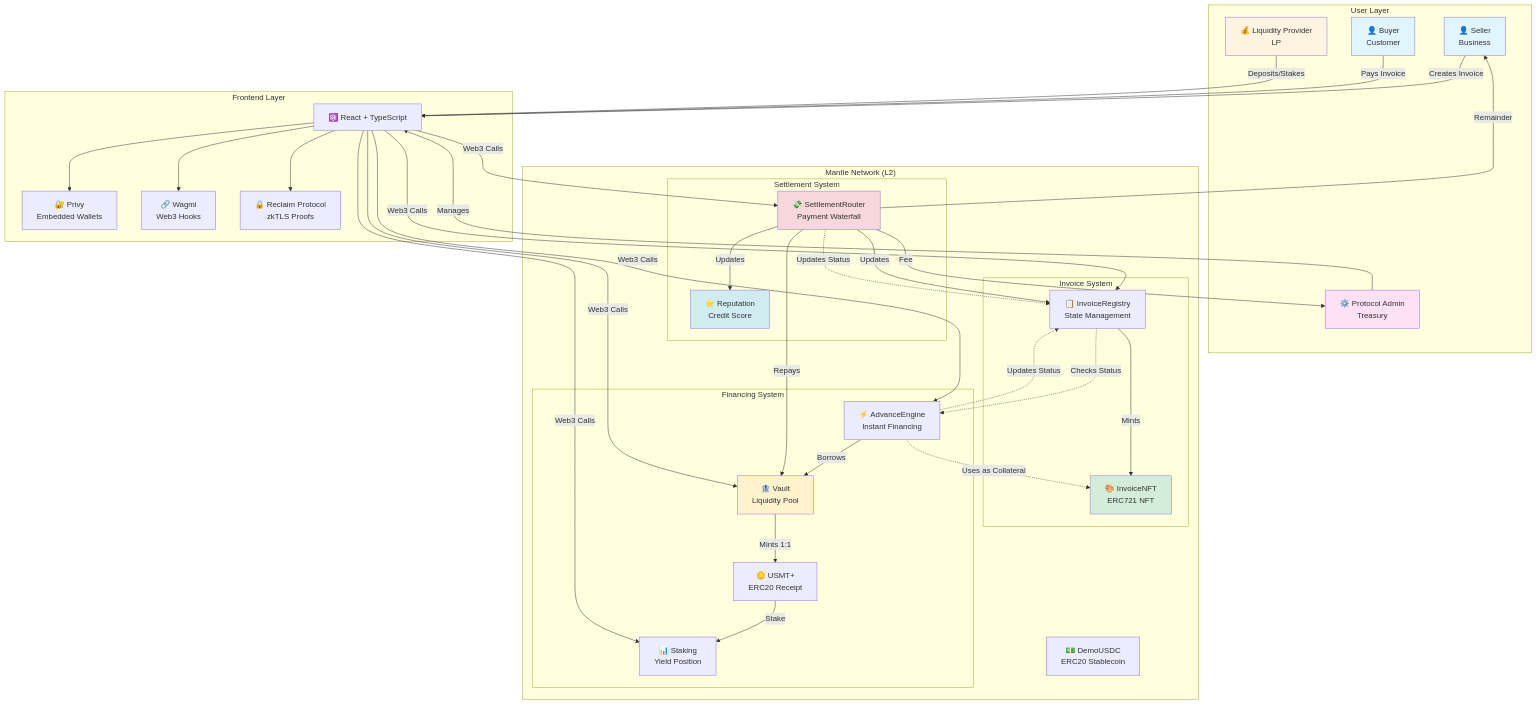
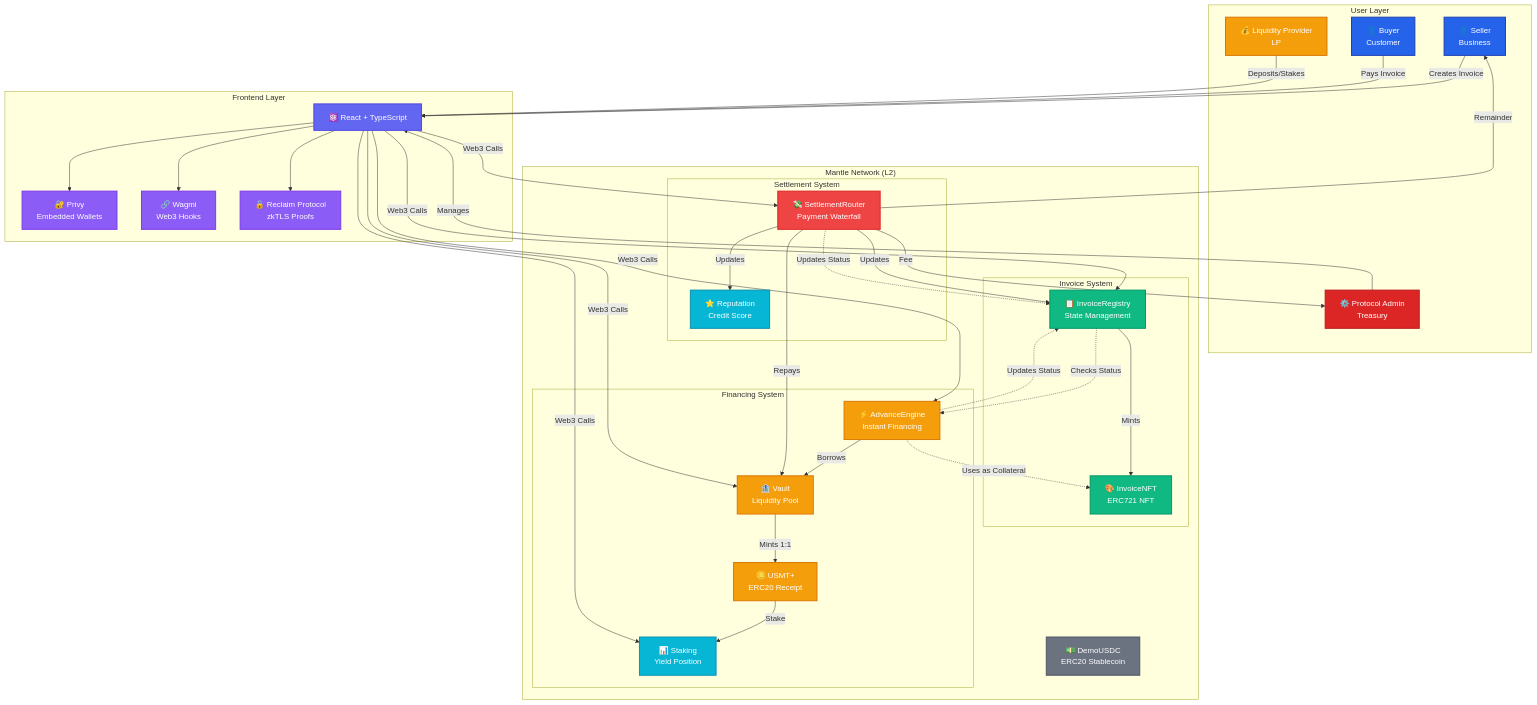
One commit to Adityaakr/SETTL. changed the first of 4 diagrams in README.md. Above: the diagram before and after it, drawn with Mermaid. The commit also changed other lines of this file, not shown here.

Commit message:
Improve Mermaid diagram colors for better text visibility

````diff
--- a/README.md
+++ b/README.md
@@ -82,12 +82,21 @@
     SettlementRouter -->|Fee| Admin
     SettlementRouter -->|Remainder| Seller
     
-    style Seller fill:#e1f5ff
-    style Buyer fill:#e1f5ff
-    style LP fill:#fff4e1
-    style Admin fill:#ffe1f5
-    style InvoiceNFT fill:#d4edda
-    style Vault fill:#fff3cd
-    style SettlementRouter fill:#f8d7da
-    style Reputation fill:#d1ecf1
+    style Seller fill:#2563eb,stroke:#1e40af,stroke-width:2px,color:#fff
+    style Buyer fill:#2563eb,stroke:#1e40af,stroke-width:2px,color:#fff
+    style LP fill:#f59e0b,stroke:#d97706,stroke-width:2px,color:#fff
+    style Admin fill:#dc2626,stroke:#b91c1c,stroke-width:2px,color:#fff
+    style React fill:#6366f1,stroke:#4f46e5,stroke-width:2px,color:#fff
+    style Privy fill:#8b5cf6,stroke:#7c3aed,stroke-width:2px,color:#fff
+    style Wagmi fill:#8b5cf6,stroke:#7c3aed,stroke-width:2px,color:#fff
+    style Reclaim fill:#8b5cf6,stroke:#7c3aed,stroke-width:2px,color:#fff
+    style InvoiceRegistry fill:#10b981,stroke:#059669,stroke-width:2px,color:#fff
+    style InvoiceNFT fill:#10b981,stroke:#059669,stroke-width:2px,color:#fff
+    style Vault fill:#f59e0b,stroke:#d97706,stroke-width:2px,color:#fff
+    style USMTPlus fill:#f59e0b,stroke:#d97706,stroke-width:2px,color:#fff
+    style Staking fill:#06b6d4,stroke:#0891b2,stroke-width:2px,color:#fff
+    style AdvanceEngine fill:#f59e0b,stroke:#d97706,stroke-width:2px,color:#fff
+    style SettlementRouter fill:#ef4444,stroke:#dc2626,stroke-width:2px,color:#fff
+    style Reputation fill:#06b6d4,stroke:#0891b2,stroke-width:2px,color:#fff
+    style DemoUSDC fill:#6b7280,stroke:#4b5563,stroke-width:2px,color:#fff
 ```
````
